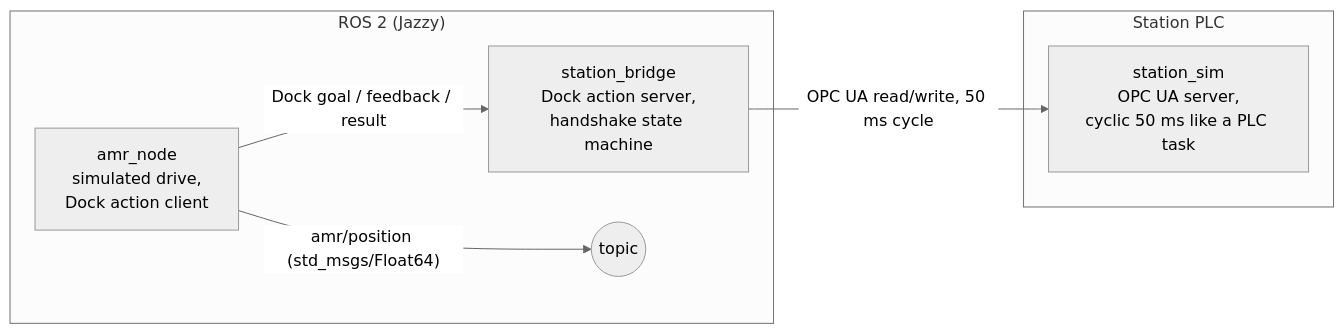
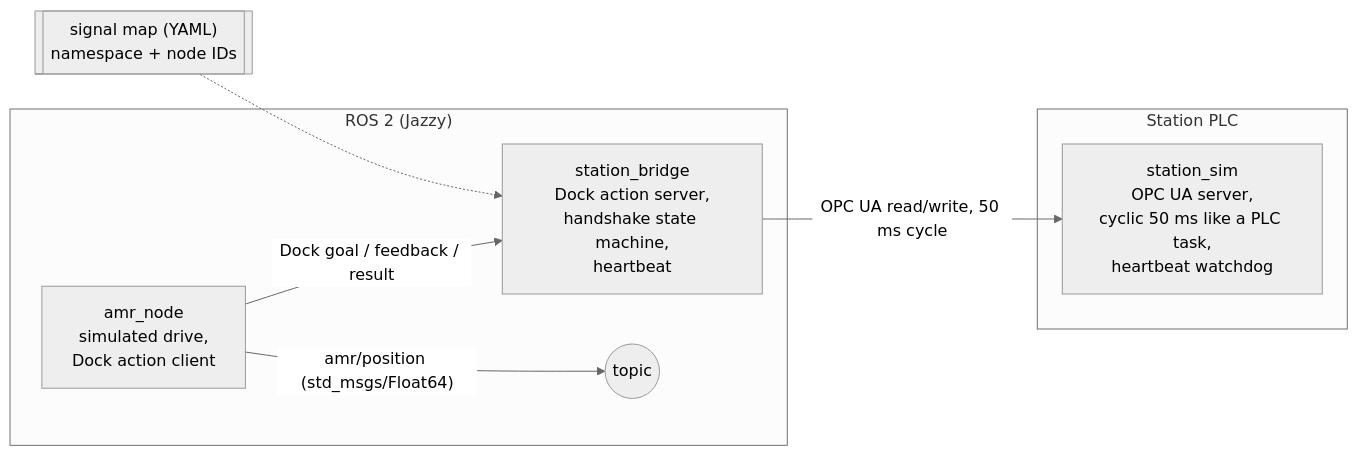
The first of 3 diagrams in docs/ARCHITECTURE.md (sulemanali5760/amr-station-handshake), drawn with Mermaid (neutral theme) before and after one commit. The commit also changed other lines of this file and 1 other file, not shown here.

Commit message:
Docs: signal map, heartbeat watchdog, RESET phase, standards, safety scope, Codespaces

````diff
--- a/docs/ARCHITECTURE.md
+++ b/docs/ARCHITECTURE.md
@@ -11,13 +11,14 @@
 ```mermaid
 flowchart LR
     subgraph ROS2["ROS 2 (Jazzy)"]
         AMR["amr_node<br/>simulated drive,<br/>Dock action client"]
-        BRIDGE["station_bridge<br/>Dock action server,<br/>handshake state machine"]
+        BRIDGE["station_bridge<br/>Dock action server,<br/>handshake state machine,<br/>heartbeat"]
         AMR -- "Dock goal / feedback / result" --> BRIDGE
         AMR -- "amr/position (std_msgs/Float64)" --> TOPIC(("topic"))
     end
     subgraph PLC["Station PLC"]
-        SIM["station_sim<br/>OPC UA server,<br/>cyclic 50 ms like a PLC task"]
+        SIM["station_sim<br/>OPC UA server,<br/>cyclic 50 ms like a PLC task,<br/>heartbeat watchdog"]
     end
+    MAP[["signal map (YAML)<br/>namespace + node IDs"]] -.-> BRIDGE
     BRIDGE -- "OPC UA read/write, 50 ms cycle" --> SIM
 ```
````
